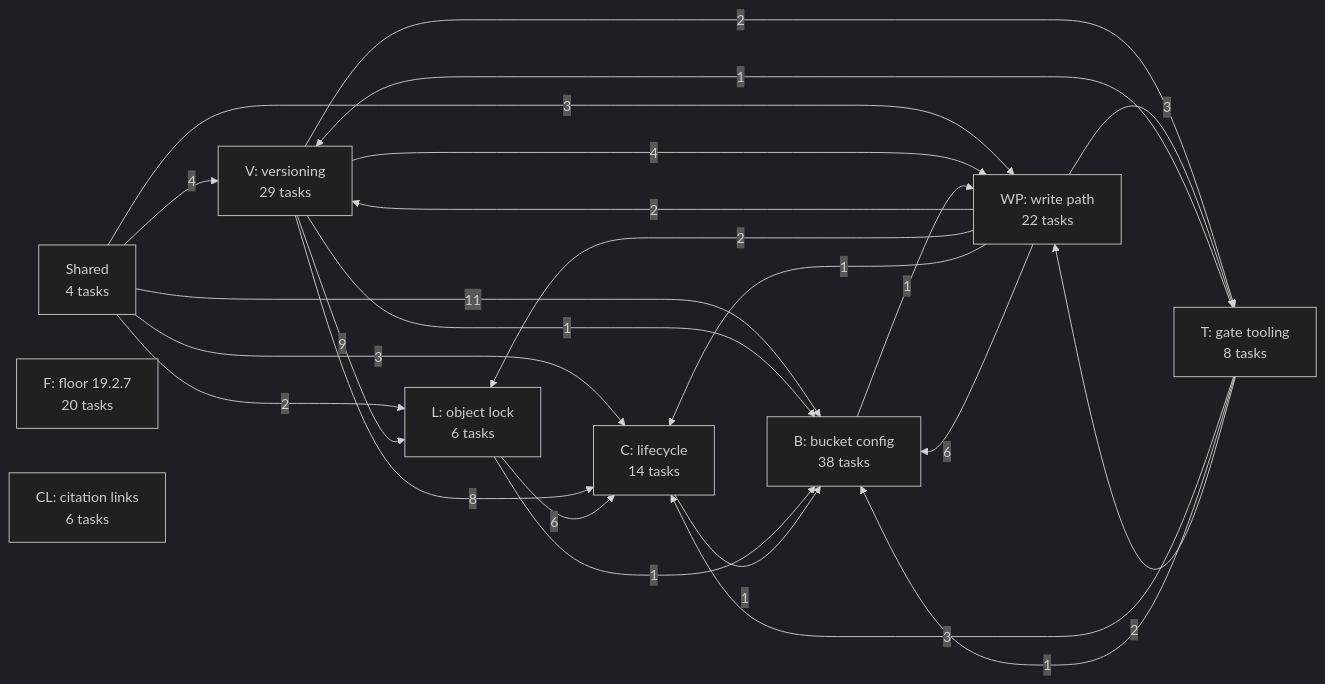
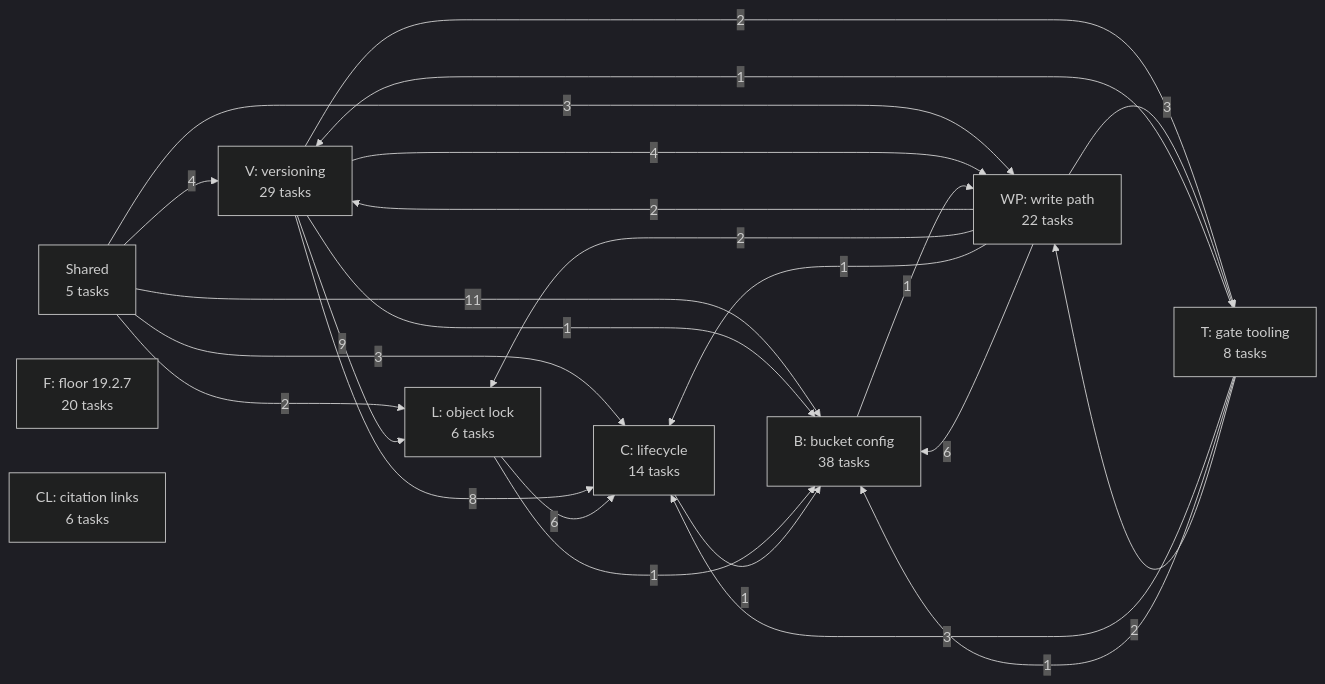
One commit to jhoblitt/rgw-go changed the first of 10 diagrams in docs/superpowers/plans/2026-10-13-phase-2/dependencies.md. Above: the diagram before and after it, drawn with Mermaid (dark theme). The commit also changed other lines of this file, not shown here.

First line of the commit message:
docs(plan): regenerate the phase 2 dependency graph for S5

````diff
--- a/docs/superpowers/plans/2026-10-13-phase-2/dependencies.md
+++ b/docs/superpowers/plans/2026-10-13-phase-2/dependencies.md
@@ -13,35 +13,35 @@
 ```mermaid
 flowchart LR
-  u_S["Shared<br/>4 tasks"]
+  u_S["Shared<br/>5 tasks"]
   u_F["F: floor 19.2.7<br/>20 tasks"]
   u_V["V: versioning<br/>29 tasks"]
   u_L["L: object lock<br/>6 tasks"]
   u_C["C: lifecycle<br/>14 tasks"]
   u_B["B: bucket config<br/>38 tasks"]
   u_WP["WP: write path<br/>22 tasks"]
   u_T["T: gate tooling<br/>8 tasks"]
   u_CL["CL: citation links<br/>6 tasks"]
   u_S -->|4| u_V
   u_S -->|2| u_L
   u_S -->|3| u_C
   u_S -->|11| u_B
   u_S -->|3| u_WP
   u_V -->|9| u_L
   u_V -->|8| u_C
   u_V -->|1| u_B
   u_V -->|4| u_WP
   u_V -->|2| u_T
   u_L -->|6| u_C
   u_L -->|1| u_B
   u_C -->|1| u_B
   u_B -->|1| u_WP
   u_WP -->|2| u_V
   u_WP -->|2| u_L
   u_WP -->|1| u_C
   u_WP -->|6| u_B
   u_WP -->|3| u_T
   u_T -->|1| u_V
   u_T -->|3| u_C
   u_T -->|1| u_B
   u_T -->|2| u_WP
 ```
````
